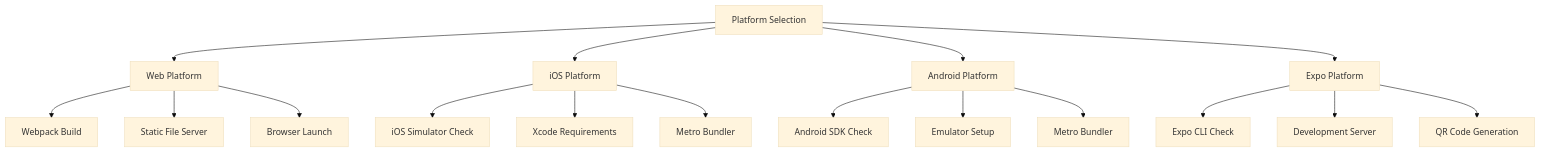
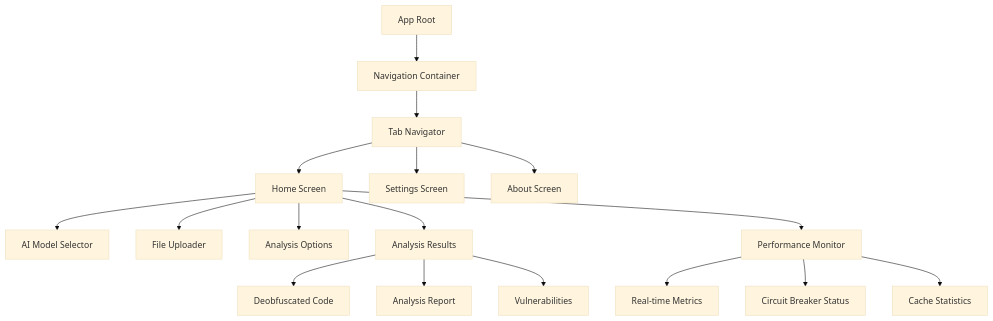
Before and after one commit to radicalkjax/Athena: the fourth of 24 diagrams in docs/ARCHITECTURE.md, drawn with Mermaid (base theme). The commit also changed other lines of this file and 94 other files, not shown here.

````diff
--- a/docs/ARCHITECTURE.md
+++ b/docs/ARCHITECTURE.md
@@ -163,23 +183,25 @@
 ```mermaid
-flowchart TD
-    A[Platform Selection] --> B[Web Platform]
-    A --> C[iOS Platform]
-    A --> D[Android Platform]
-    A --> E[Expo Platform]
+graph TD
+    App[App Root]
     
-    B --> B1[Webpack Build]
-    B --> B2[Static File Server]
-    B --> B3[Browser Launch]
+    App --> Navigation[Navigation Container]
+    Navigation --> TabNav[Tab Navigator]
     
-    C --> C1[iOS Simulator Check]
-    C --> C2[Xcode Requirements]
-    C --> C3[Metro Bundler]
+    TabNav --> Home[Home Screen]
+    TabNav --> Settings[Settings Screen]
+    TabNav --> About[About Screen]
     
-    D --> D1[Android SDK Check]
-    D --> D2[Emulator Setup]
-    D --> D3[Metro Bundler]
+    Home --> ModelSelector[AI Model Selector]
+    Home --> FileUploader[File Uploader]
+    Home --> Options[Analysis Options]
+    Home --> Results[Analysis Results]
+    Home --> Monitor[Performance Monitor]
     
-    E --> E1[Expo CLI Check]
-    E --> E2[Development Server]
-    E --> E3[QR Code Generation]
+    Results --> DeobfuscatedTab[Deobfuscated Code]
+    Results --> ReportTab[Analysis Report]
+    Results --> VulnerabilitiesTab[Vulnerabilities]
+    
+    Monitor --> Metrics[Real-time Metrics]
+    Monitor --> CircuitStatus[Circuit Breaker Status]
+    Monitor --> CacheStats[Cache Statistics]
 ```
````
